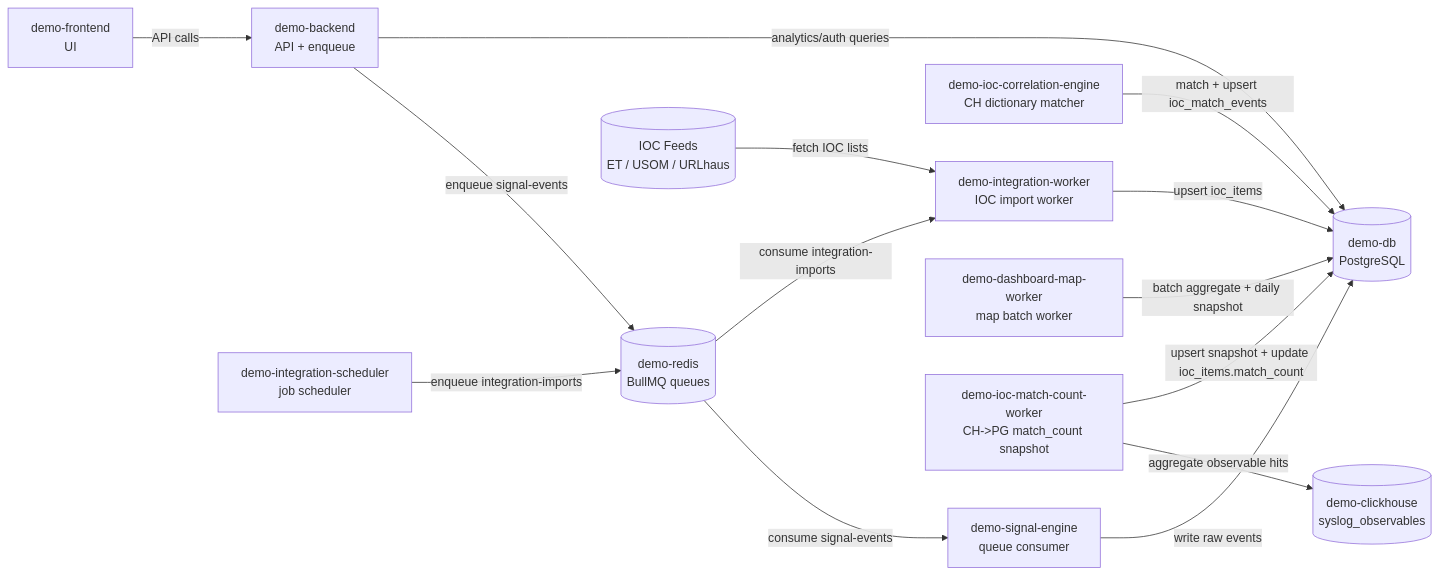
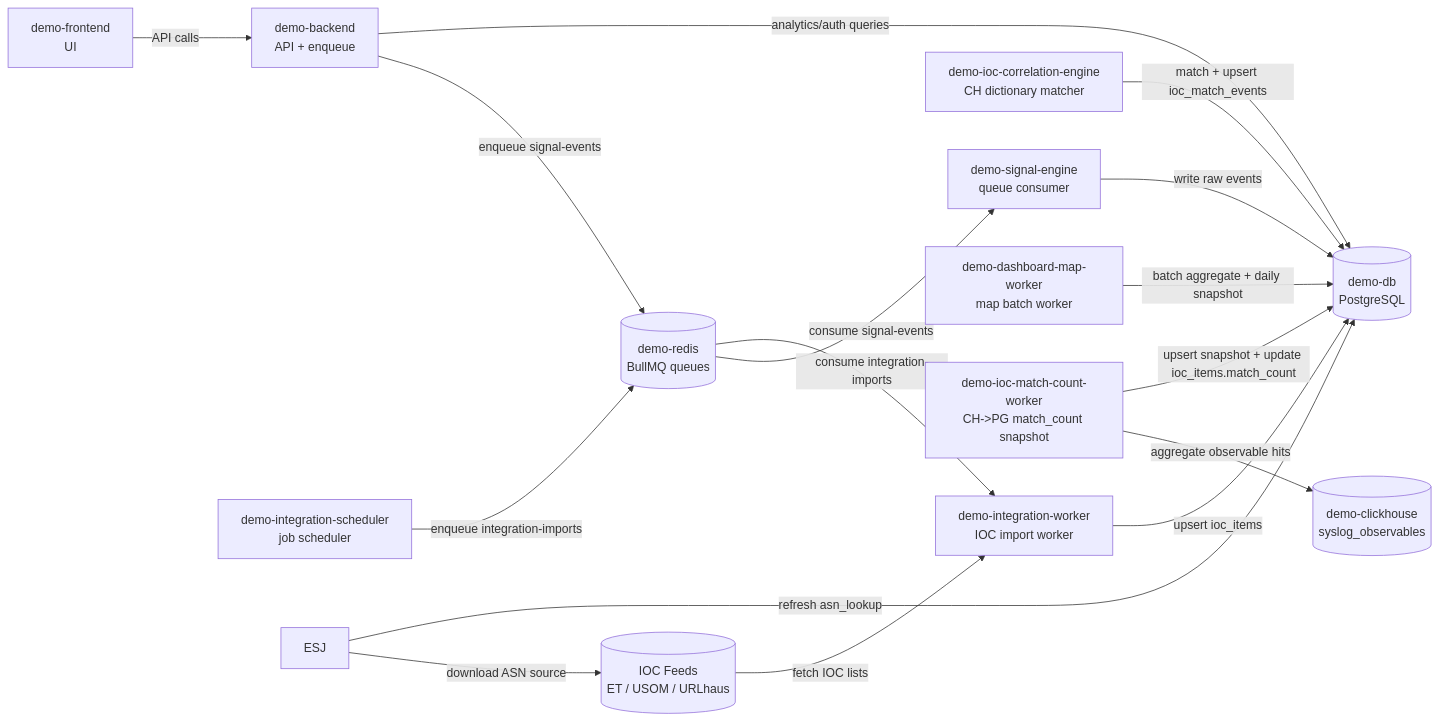
One commit to spatronn/TalonHound changed the diagram in docs/container-operations-and-tuning.md. Above: the diagram before and after it, drawn with Mermaid. The commit also changed other lines of this file, not shown here.

````diff
--- a/docs/container-operations-and-tuning.md
+++ b/docs/container-operations-and-tuning.md
@@ -232,31 +264,33 @@
 ```mermaid
 flowchart LR
     FE[demo-frontend\nUI]
     BE[demo-backend\nAPI + enqueue]
     R[(demo-redis\nBullMQ queues)]
     SE[demo-signal-engine\nqueue consumer]
     ICE[demo-ioc-correlation-engine\nCH dictionary matcher]
     IS[demo-integration-scheduler\njob scheduler]
     IW[demo-integration-worker\nIOC import worker]
     MW[demo-dashboard-map-worker\nmap batch worker]
     IMC[demo-ioc-match-count-worker\nCH->PG match_count snapshot]
     DB[(demo-db\nPostgreSQL)]
     CH[(demo-clickhouse\nsyslog_observables)]
     EXT[(IOC Feeds\nET / USOM / URLhaus)]
 
     FE -->|API calls| BE
 
     BE -->|enqueue signal-events| R
     R -->|consume signal-events| SE
     SE -->|write raw events| DB
     ICE -->|match + upsert ioc_match_events| DB
 
     IS -->|enqueue integration-imports| R
     R -->|consume integration-imports| IW
     EXT -->|fetch IOC lists| IW
     IW -->|upsert ioc_items| DB
     MW -->|batch aggregate + daily snapshot| DB
     IMC -->|aggregate observable hits| CH
     IMC -->|upsert snapshot + update ioc_items.match_count| DB
+    ESJ -->|download ASN source| EXT
+    ESJ -->|refresh asn_lookup| DB
     BE -->|analytics/auth queries| DB
 ```
````
